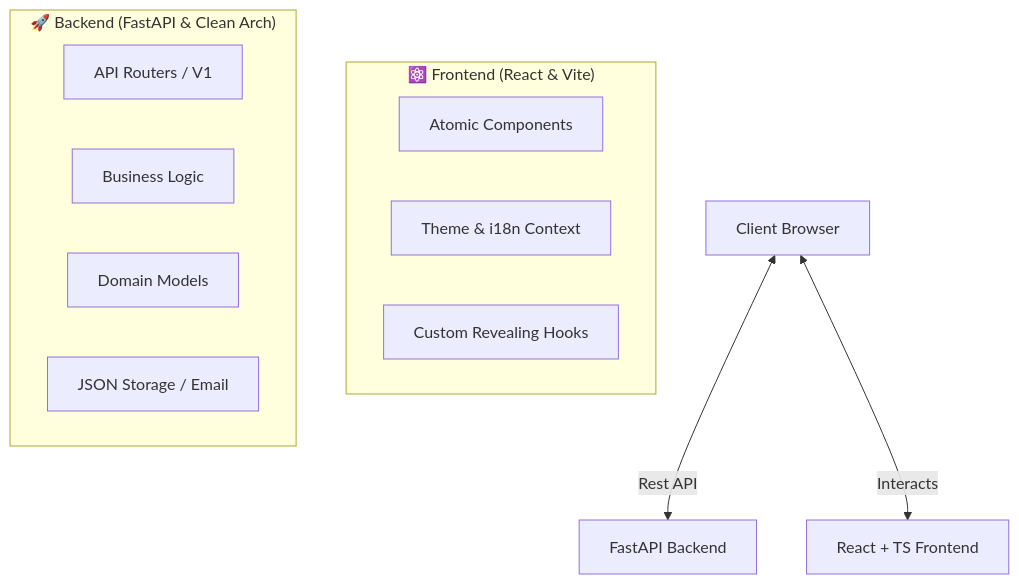
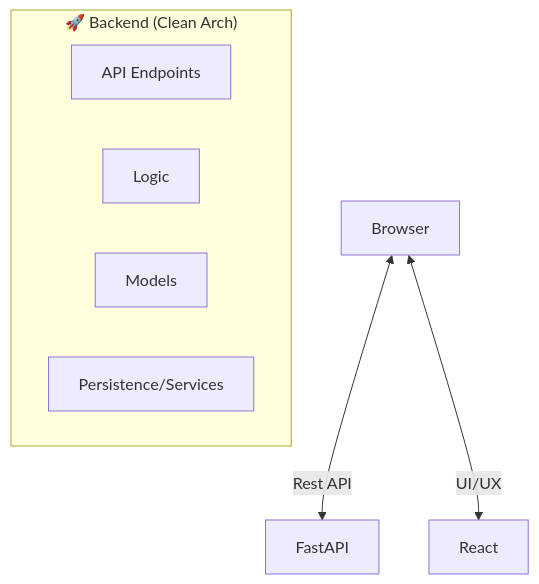
One commit to Argenis1412/Portf-lio changed the diagram in README.md. Above: the diagram before and after it, drawn with Mermaid. The commit also changed other lines of this file, not shown here.

````diff
--- a/README.md
+++ b/README.md
@@ -27,18 +69,12 @@
 ```mermaid
 graph TD
-    Client[Client Browser] <-->|Rest API| Backend[FastAPI Backend]
-    Client <-->|Interacts| Frontend[React + TS Frontend]
+    Client[Browser] <-->|Rest API| Backend[FastAPI]
+    Client <-->|UI/UX| Frontend[React]
     
-    subgraph "⚛️ Frontend (React & Vite)"
-        UI[Atomic Components]
-        Context[Theme & i18n Context]
-        Hooks[Custom Revealing Hooks]
-    end
-    
-    subgraph "🚀 Backend (FastAPI & Clean Arch)"
-        Controllers[API Routers / V1]
-        UseCases[Business Logic]
-        Entities[Domain Models]
-        Adapters[JSON Storage / Email]
+    subgraph "🚀 Backend (Clean Arch)"
+        Controllers[API Endpoints]
+        UseCases[Logic]
+        Entities[Models]
+        Adapters[Persistence/Services]
     end
 ```
````
